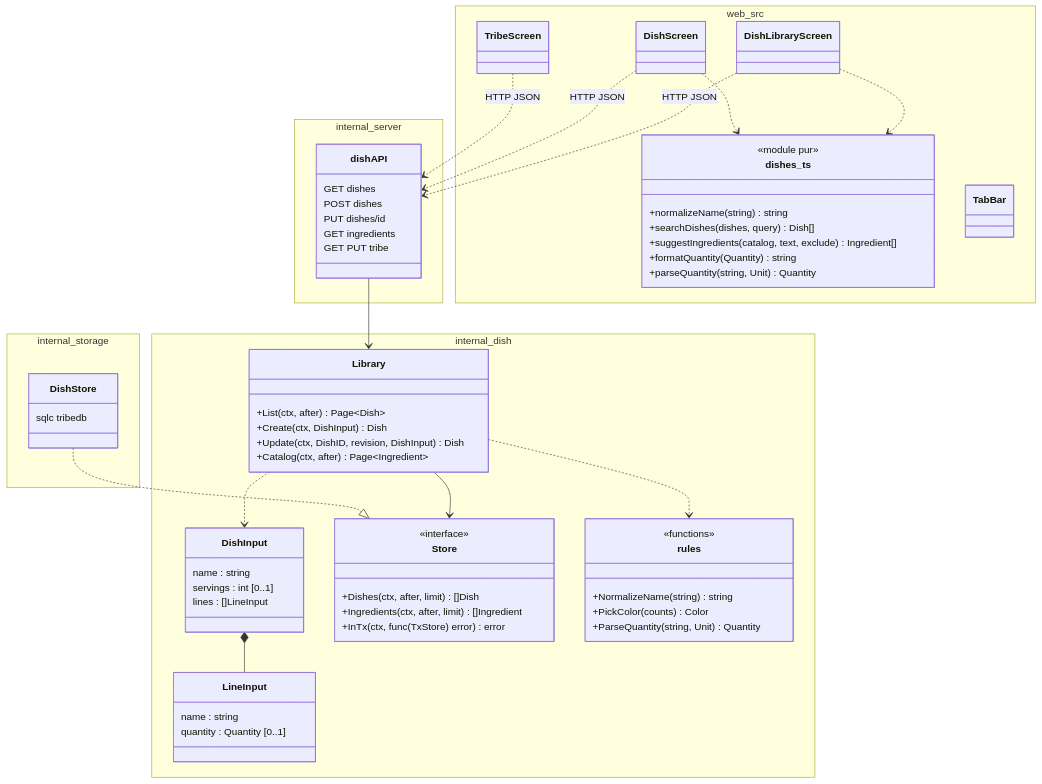
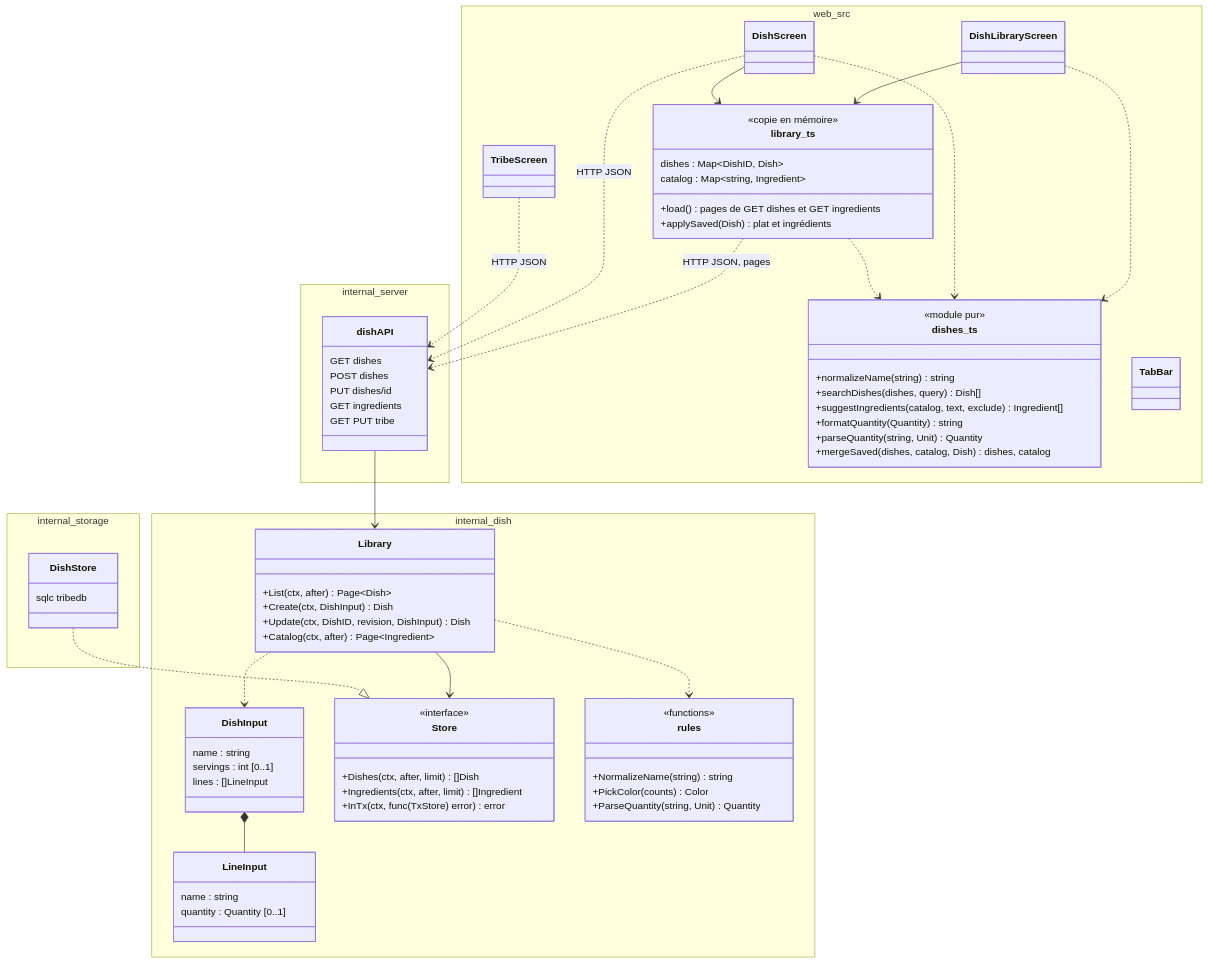
One commit to nelt/tribe-menus changed the second of 6 diagrams in docs/conception/bibliotheque-de-plats.md. Above: the diagram before and after it, drawn with Mermaid. The commit also changed other lines of this file and 2 other files, not shown here.

Commit message:
Plan bibliotheque : plats et référentiel en mémoire dans le navigateur (D25 à D27)
Copie en mémoire partagée par la bibliothèque et l'écran d'un plat, chargée
par pages à chaque visite de l'onglet, rien d'écrit sur l'appareil (D25) ;
mise à jour par la réponse d'un enregistrement ou d'un refus 409 (D26), qui
porte les ingrédients des lignes (D27). Question ouverte : stockage hors
ligne (cache ou IndexedDB) avec la pagination. Conception accordée.

Claude-Session: https://claude.ai/code/session_011pKqsYFdbSuxUjGu5n9fCw

````diff
--- a/docs/conception/bibliotheque-de-plats.md
+++ b/docs/conception/bibliotheque-de-plats.md
@@ -157,6 +157,14 @@
             +suggestIngredients(catalog, text, exclude) Ingredient[]
             +formatQuantity(Quantity) string
             +parseQuantity(string, Unit) Quantity
+            +mergeSaved(dishes, catalog, Dish) dishes, catalog
+        }
+        class library_ts {
+            <<copie en mémoire>>
+            dishes : Map~DishID, Dish~
+            catalog : Map~string, Ingredient~
+            +load() pages de GET dishes et GET ingredients
+            +applySaved(Dish) plat et ingrédients
         }
         class DishLibraryScreen
         class DishScreen
@@ -172,7 +180,10 @@
     DishStore ..|> Store
     DishLibraryScreen ..> dishes_ts
     DishScreen ..> dishes_ts
-    DishLibraryScreen ..> dishAPI : HTTP JSON
+    DishLibraryScreen --> library_ts
+    DishScreen --> library_ts
+    library_ts ..> dishes_ts
+    library_ts ..> dishAPI : HTTP JSON, pages
     DishScreen ..> dishAPI : HTTP JSON
     TribeScreen ..> dishAPI : HTTP JSON
 ```
````
